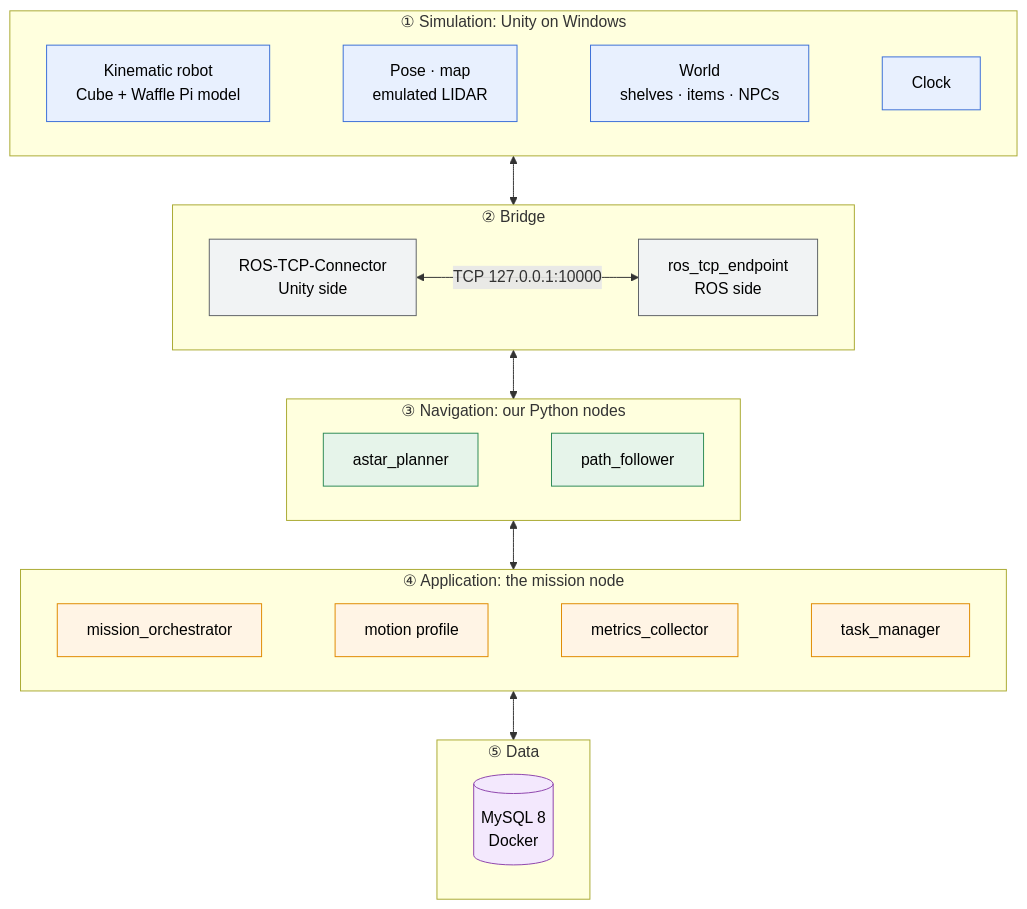
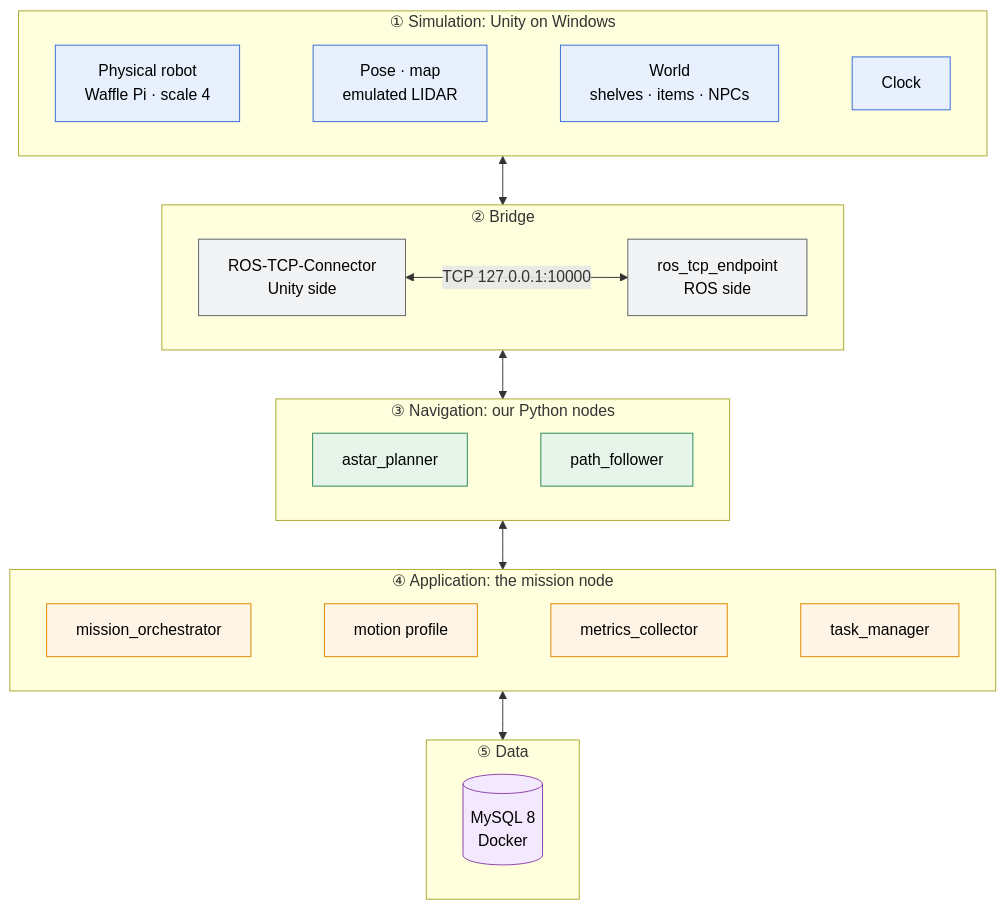
One commit to HoNguyen17/Mobile_Robo_SuppliesChain changed the first of 4 diagrams in docs/architecture.md. Above: the diagram before and after it, drawn with Mermaid. The commit also changed other lines of this file and 23 other files, not shown here.

First line of the commit message:
docs: ADR-015 physical Waffle Pi body, update plan docs, archive the Cube ADR

````diff
--- a/docs/architecture.md
+++ b/docs/architecture.md
@@ -11,38 +11,38 @@
 ```mermaid
 flowchart TB
     subgraph SIM["① Simulation: Unity on Windows"]
         direction LR
-        S1[Kinematic robot<br/>Cube + Waffle Pi model] ~~~ S2[Pose · map<br/>emulated LIDAR] ~~~ S3[World<br/>shelves · items · NPCs] ~~~ S4[Clock]
+        S1[Physical robot<br/>Waffle Pi · scale 4] ~~~ S2[Pose · map<br/>emulated LIDAR] ~~~ S3[World<br/>shelves · items · NPCs] ~~~ S4[Clock]
     end
     subgraph BRIDGE["② Bridge"]
         direction LR
         B1[ROS-TCP-Connector<br/>Unity side] <-->|"TCP 127.0.0.1:10000"| B2[ros_tcp_endpoint<br/>ROS side]
     end
     subgraph NAV["③ Navigation: our Python nodes"]
         direction LR
         N1[astar_planner] ~~~ N2[path_follower]
     end
     subgraph APP["④ Application: the mission node"]
         direction LR
         A1[mission_orchestrator] ~~~ A2[motion profile] ~~~ A3[metrics_collector] ~~~ A4[task_manager]
     end
     subgraph DATA["⑤ Data"]
         D1[(MySQL 8<br/>Docker)]
     end
 
     SIM <--> BRIDGE
     BRIDGE <--> NAV
     NAV <--> APP
     APP <--> DATA
 
     classDef sim fill:#E8F0FE,stroke:#3B6FD8,color:#000
     classDef br fill:#F1F3F4,stroke:#5F6368,color:#000
     classDef nav fill:#E6F4EA,stroke:#2E8B57,color:#000
     classDef app fill:#FFF4E5,stroke:#E08A00,color:#000
     classDef db fill:#F3E8FD,stroke:#8E44AD,color:#000
     class S1,S2,S3,S4 sim
     class B1,B2 br
     class N1,N2 nav
     class A1,A2,A3,A4 app
     class D1 db
 ```
````
